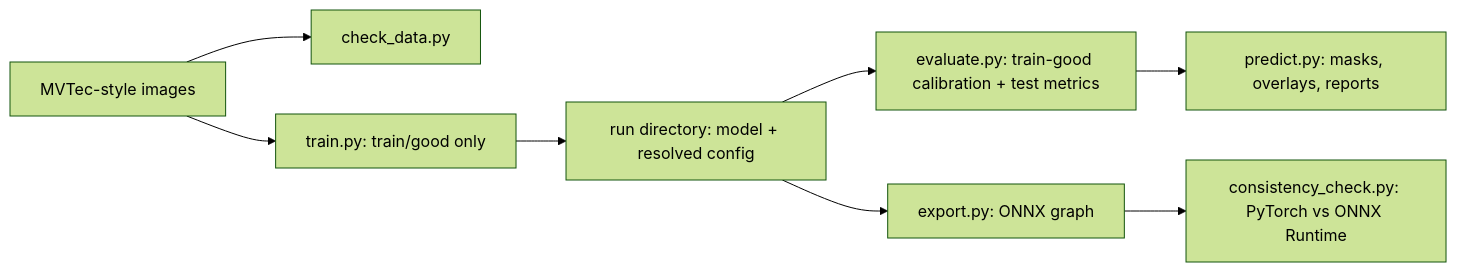
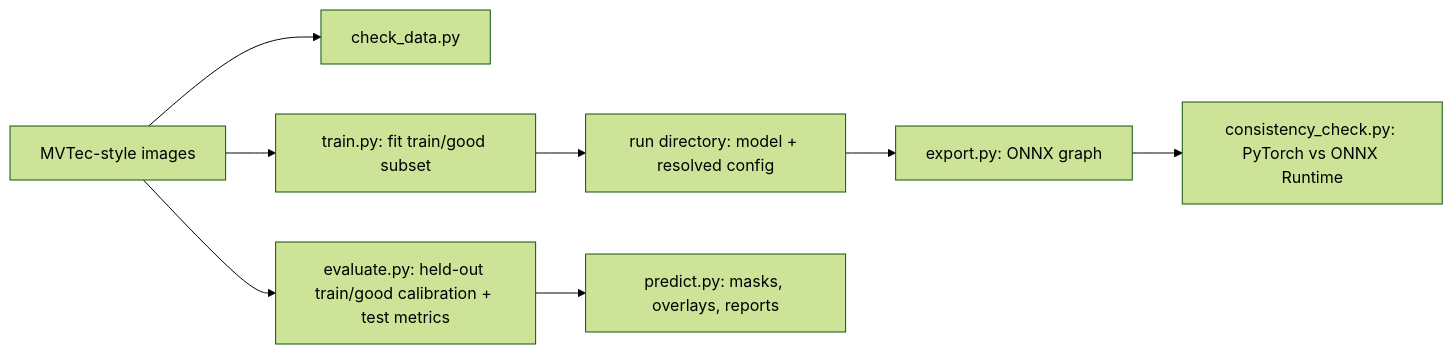
Before and after one commit to SJFWey/aoi-anomaly-inspector: the diagram in README.md, drawn with Mermaid (forest theme). The commit also changed other lines of this file and 18 other files, not shown here.

````diff
--- a/README.md
+++ b/README.md
@@ -10,10 +9,10 @@
 ```mermaid
 flowchart LR
     D[MVTec-style images] --> C[check_data.py]
-    D --> T[train.py: train/good only]
+    D --> T[train.py: fit train/good subset]
     T --> R[run directory: model + resolved config]
-    R --> E[evaluate.py: train-good calibration + test metrics]
+    D --> E[evaluate.py: held-out train/good calibration + test metrics]
     E --> P[predict.py: masks, overlays, reports]
     R --> X[export.py: ONNX graph]
     X --> V[consistency_check.py: PyTorch vs ONNX Runtime]
 ```
````
